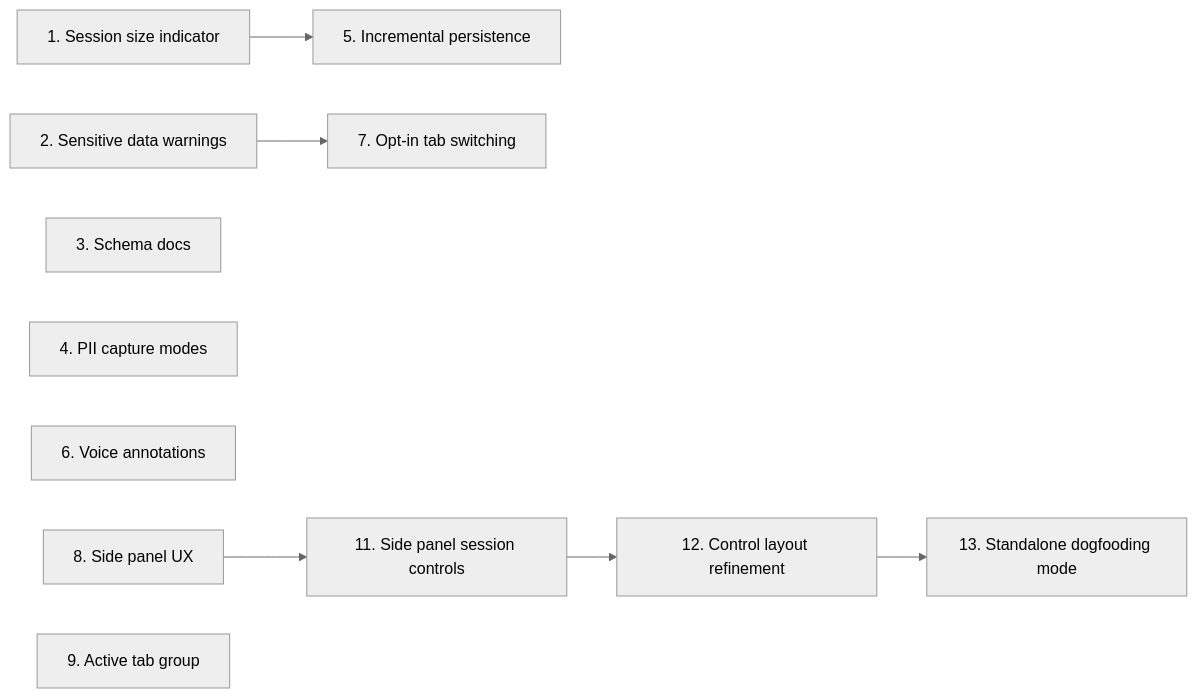
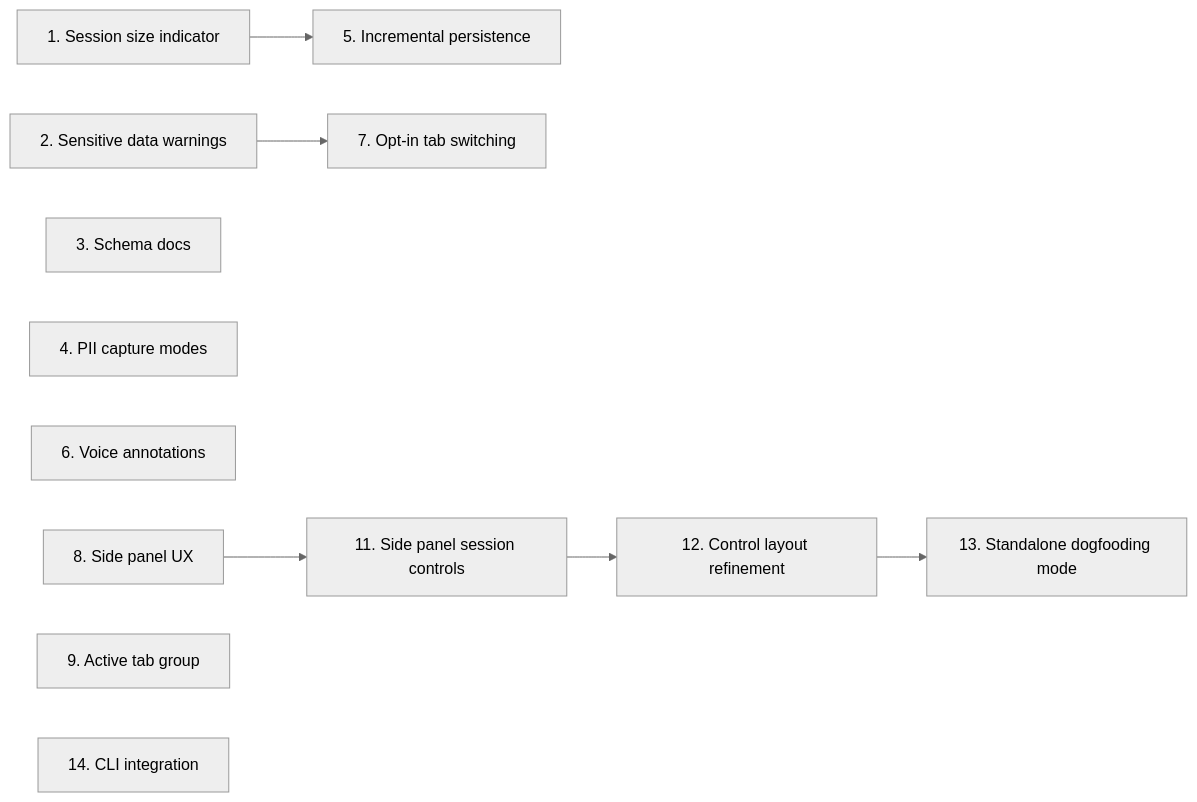
The diagram in docs/roadmap.md (thehogfather/deskcheck), drawn with Mermaid (neutral theme) before and after one commit. The commit also changed other lines of this file, not shown here.

First line of the commit message:
docs: add roadmap feature #14 — CLI integration for terminal-launched sessions

````diff
--- a/docs/roadmap.md
+++ b/docs/roadmap.md
@@ -279,12 +322,13 @@
 ```mermaid
 graph LR
     1[1. Session size indicator] --> 5[5. Incremental persistence]
     2[2. Sensitive data warnings] --> 7[7. Opt-in tab switching]
     3[3. Schema docs]
     4[4. PII capture modes]
     6[6. Voice annotations]
     8[8. Side panel UX] --> 11[11. Side panel session controls]
     11 --> 12[12. Control layout refinement]
     12 --> 13[13. Standalone dogfooding mode]
     9[9. Active tab group]
+    14[14. CLI integration]
 ```
````
